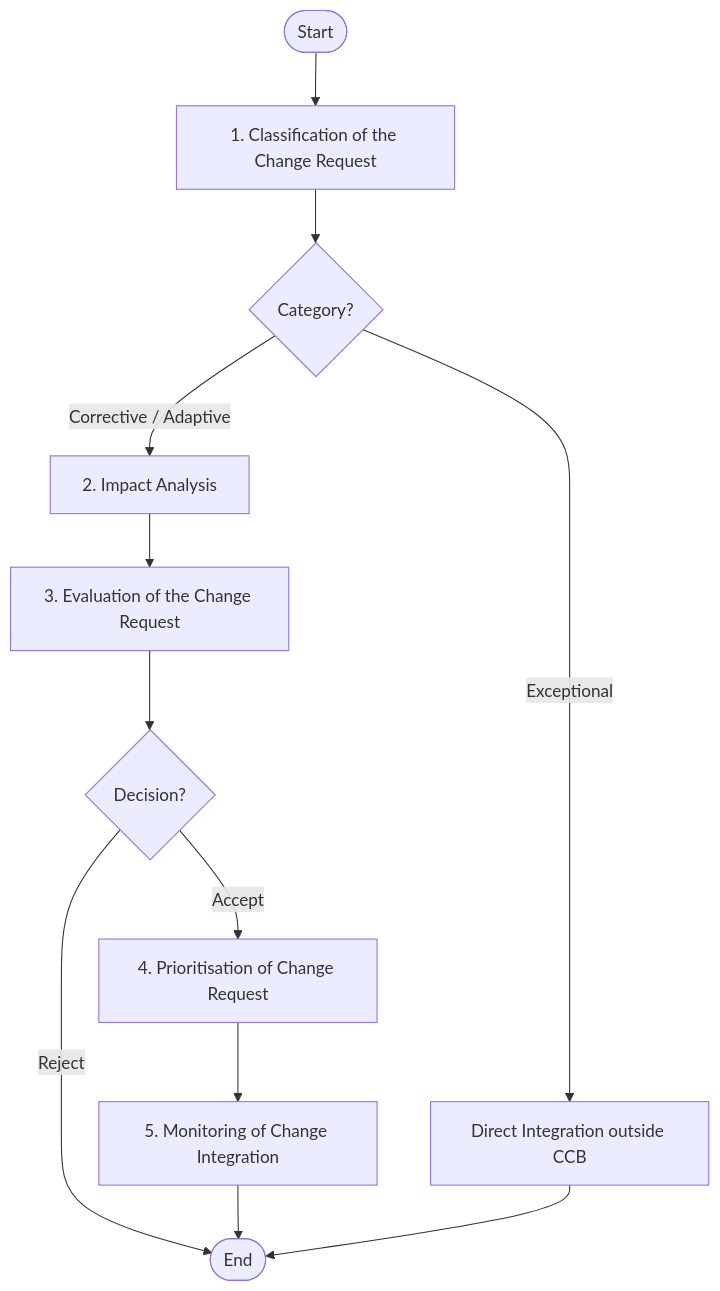
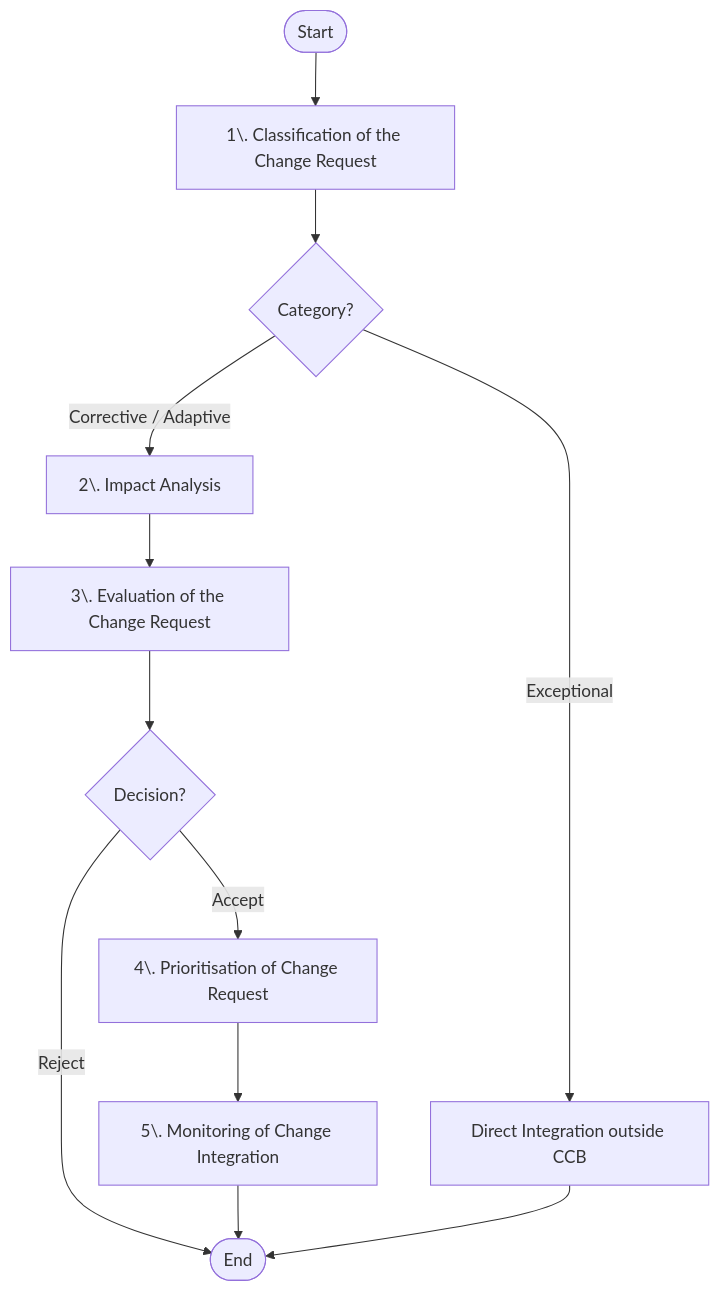
Diagram 33 of 33 in Y1S2/CKS121 Software Requirements.md (Fake1Doge/Obsidian-notes), drawn with Mermaid before and after one commit. The commit also changed 1 other file, not shown here.

Commit message:
vault backup: 2026-07-01 22:41:15

````diff
--- a/Y1S2/CKS121 Software Requirements.md
+++ b/Y1S2/CKS121 Software Requirements.md
@@ -2713,16 +2713,16 @@
 ```mermaid
 graph TD
-    Start([Start]) --> Step1[1. Classification of the Change Request]
+    Start([Start]) --> Step1["1\. Classification of the Change Request"]
     Step1 --> Decision1{Category?}
-    Decision1 -->|Corrective / Adaptive| Step2[2. Impact Analysis]
+    Decision1 -->|Corrective / Adaptive| Step2["2\. Impact Analysis"]
     Decision1 -->|Exceptional| Direct[Direct Integration outside CCB]
     
-    Step2 --> Step3[3. Evaluation of the Change Request]
+    Step2 --> Step3["3\. Evaluation of the Change Request"]
     Step3 --> Decision2{Decision?}
-    Decision2 -->|Accept| Step4[4. Prioritisation of Change Request]
+    Decision2 -->|Accept| Step4["4\. Prioritisation of Change Request"]
     Decision2 -->|Reject| End([End])
     
-    Step4 --> Step5[5. Monitoring of Change Integration]
+    Step4 --> Step5["5\. Monitoring of Change Integration"]
     Step5 --> End
     Direct --> End
 ```
````
